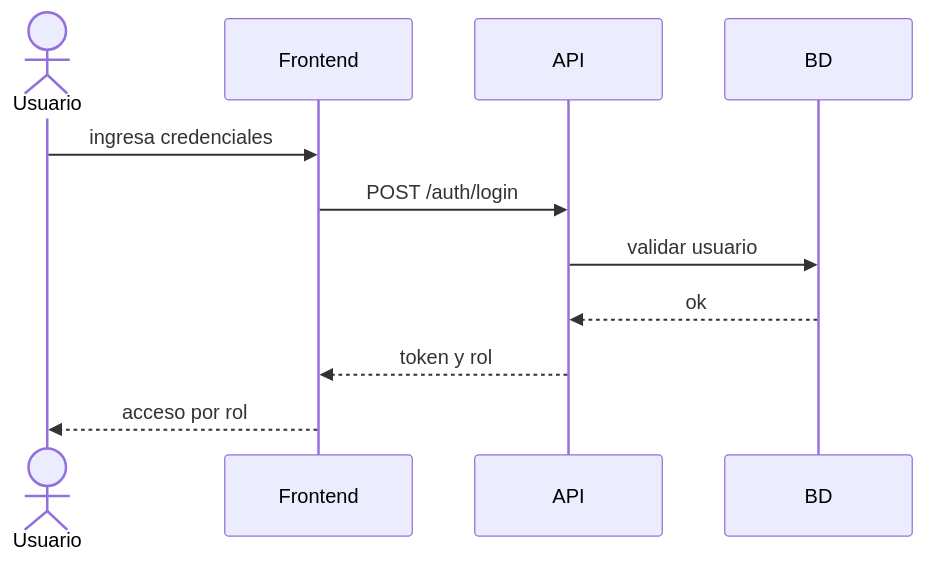
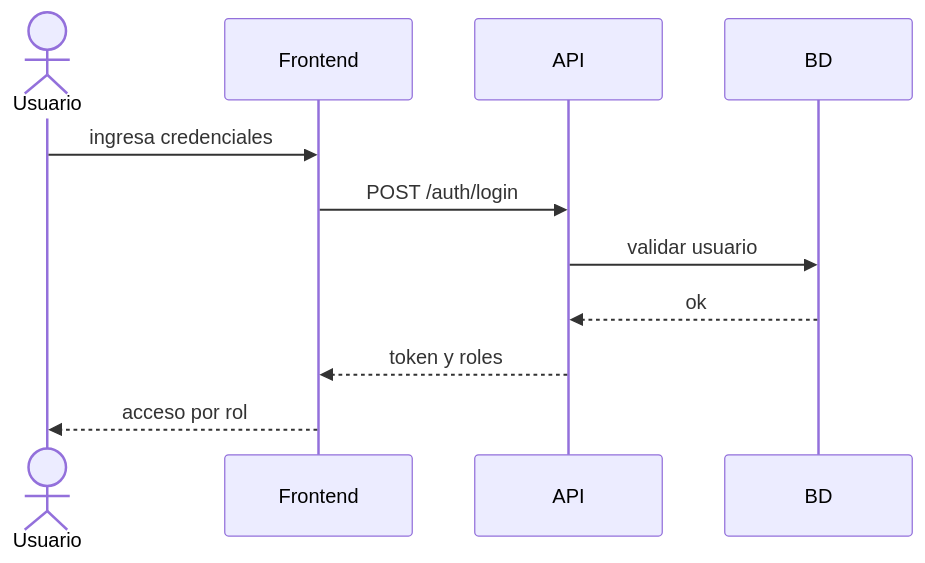
Before and after one commit to elunboundfiremail/WebAppAcademico: the fifth of 14 diagrams in README.md, drawn with Mermaid. The commit also changed other lines of this file, not shown here.

Commit message:
docs: roles multiples en bd

````diff
--- a/README.md
+++ b/README.md
@@ -170,13 +192,13 @@
 ```mermaid
 sequenceDiagram
   actor U as Usuario
   participant F as Frontend
   participant A as API
   participant BD as BD
   U->>F: ingresa credenciales
   F->>A: POST /auth/login
   A->>BD: validar usuario
   BD-->>A: ok
-  A-->>F: token y rol
+  A-->>F: token y roles
   F-->>U: acceso por rol
 ```
````
